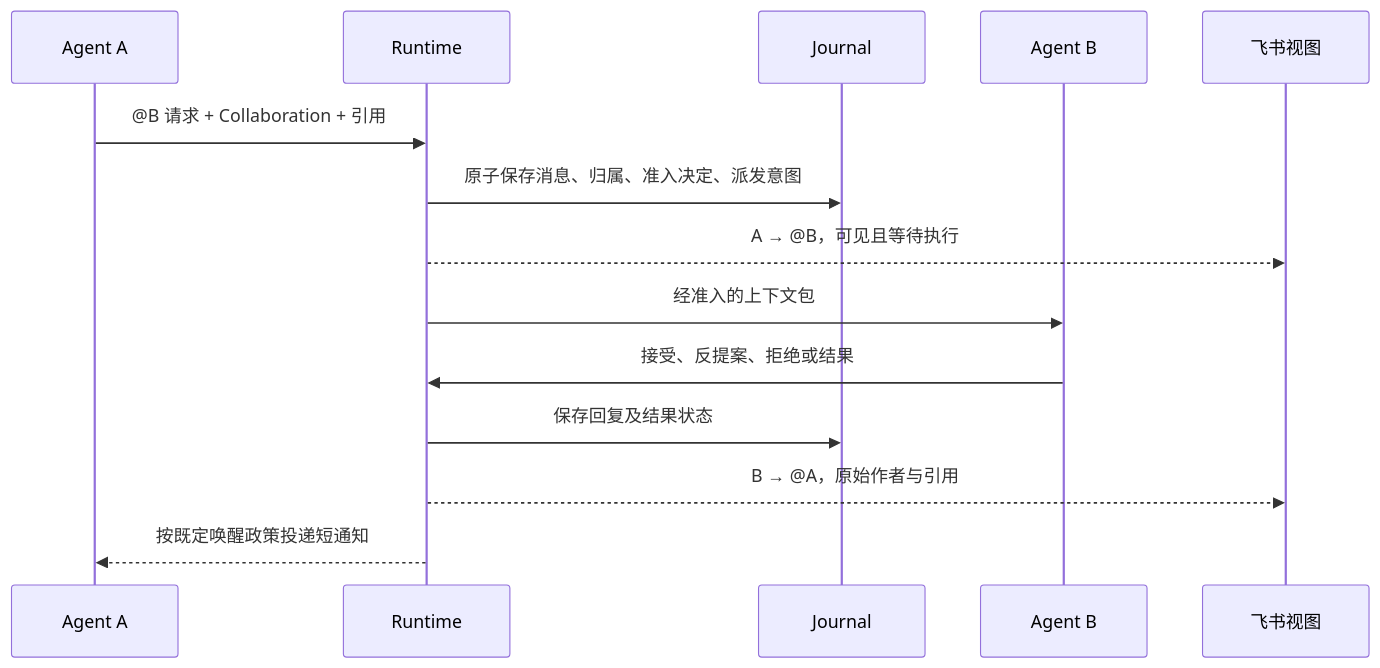
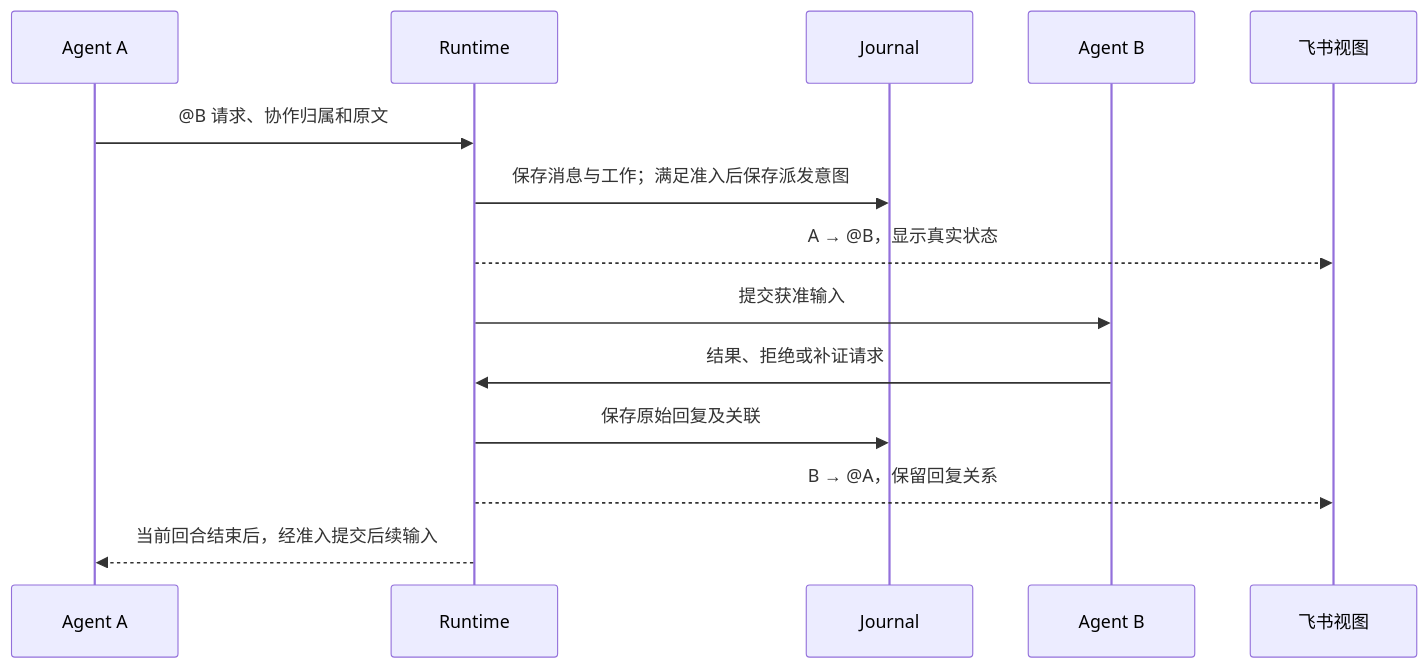
Before and after one commit to seasonmac/hermes-agent: the diagram in docs/research/003-execution.md, drawn with Mermaid. The commit also changed other lines of this file and 8 other files, not shown here.

````diff
--- a/docs/research/003-execution.md
+++ b/docs/research/003-execution.md
@@ -60,16 +131,16 @@
 ```mermaid
 sequenceDiagram
     participant A as Agent A
     participant R as Runtime
     participant J as Journal
     participant B as Agent B
     participant F as 飞书视图
-    A->>R: @B 请求 + Collaboration + 引用
-    R->>J: 原子保存消息、归属、准入决定、派发意图
-    R-->>F: A → @B，可见且等待执行
-    R->>B: 经准入的上下文包
-    B->>R: 接受、反提案、拒绝或结果
-    R->>J: 保存回复及结果状态
-    R-->>F: B → @A，原始作者与引用
-    R-->>A: 按既定唤醒政策投递短通知
+    A->>R: @B 请求、协作归属和原文
+    R->>J: 保存消息与工作；满足准入后保存派发意图
+    R-->>F: A → @B，显示真实状态
+    R->>B: 提交获准输入
+    B->>R: 结果、拒绝或补证请求
+    R->>J: 保存原始回复及关联
+    R-->>F: B → @A，保留回复关系
+    R-->>A: 当前回合结束后，经准入提交后续输入
 ```
````
